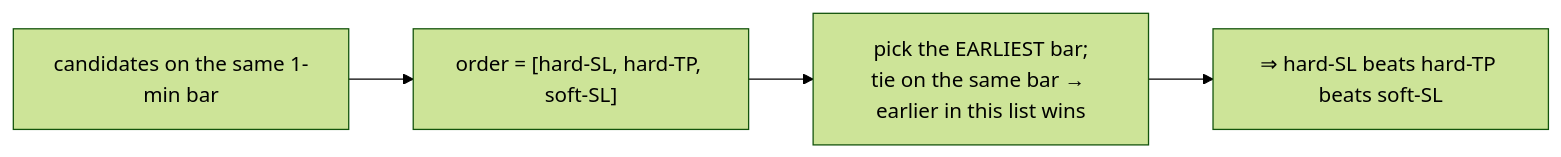
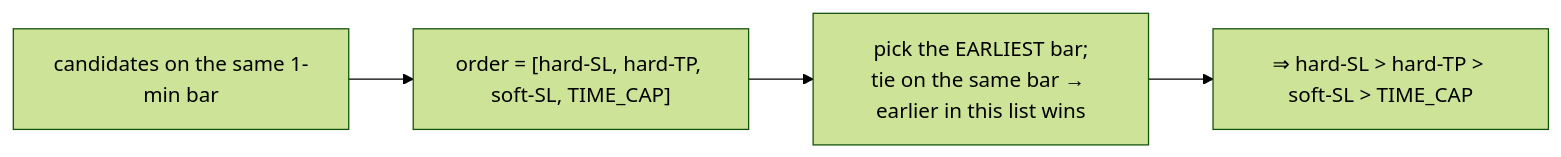
The second of 4 diagrams in subprojects/Parametric-Indicators/docs/PNL_EXPLAINED.md (mulhamfetna/trading-strategy-finder), drawn with Mermaid (forest theme) before and after one commit. The commit also changed other lines of this file and 1 other file, not shown here.

Commit message:
docs: document TIME_CAP exit + cap_1min (bundle port noted as follow-up)

````diff
--- a/subprojects/Parametric-Indicators/docs/PNL_EXPLAINED.md
+++ b/subprojects/Parametric-Indicators/docs/PNL_EXPLAINED.md
@@ -117,6 +118,6 @@
 ```mermaid
 flowchart LR
-  S["candidates on the same 1-min bar"] --> O["order = [hard-SL, hard-TP, soft-SL]"]
+  S["candidates on the same 1-min bar"] --> O["order = [hard-SL, hard-TP, soft-SL, TIME_CAP]"]
   O --> P["pick the EARLIEST bar;<br/>tie on the same bar → earlier in this list wins"]
-  P --> R["⇒ hard-SL beats hard-TP beats soft-SL"]
+  P --> R["⇒ hard-SL &gt; hard-TP &gt; soft-SL &gt; TIME_CAP"]
 ```
````
